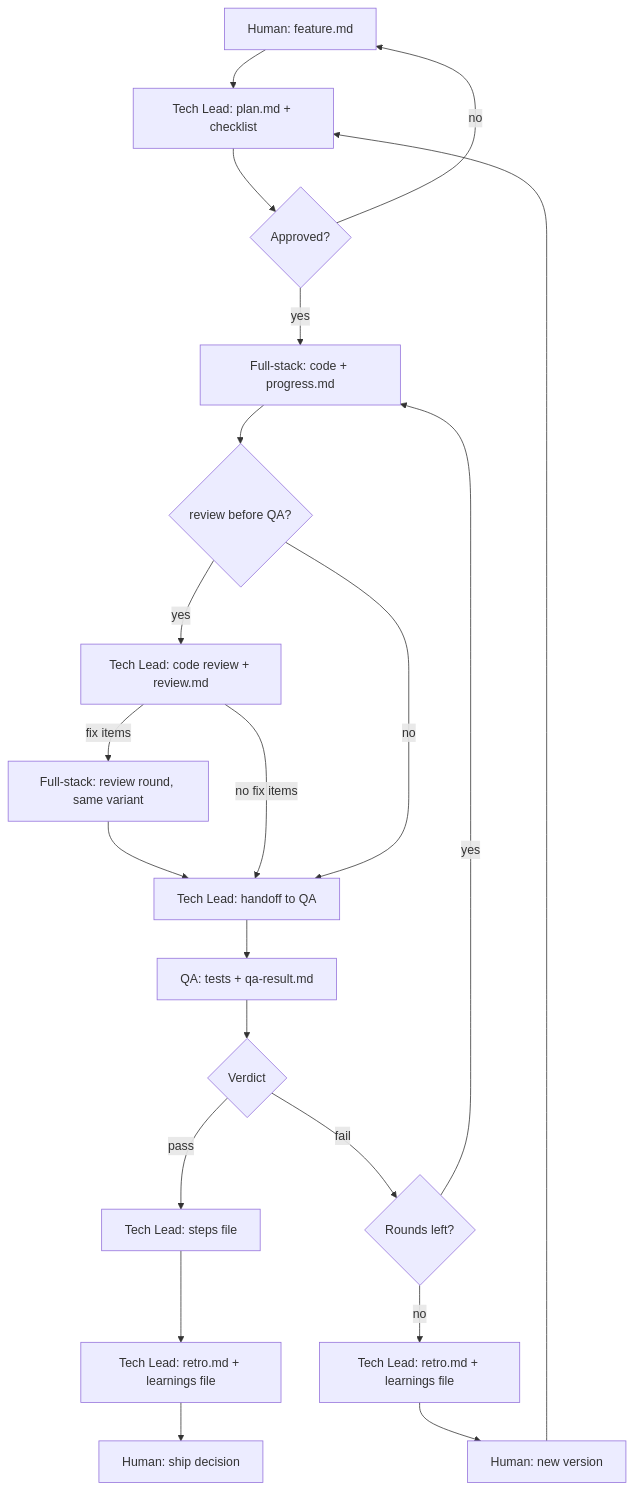
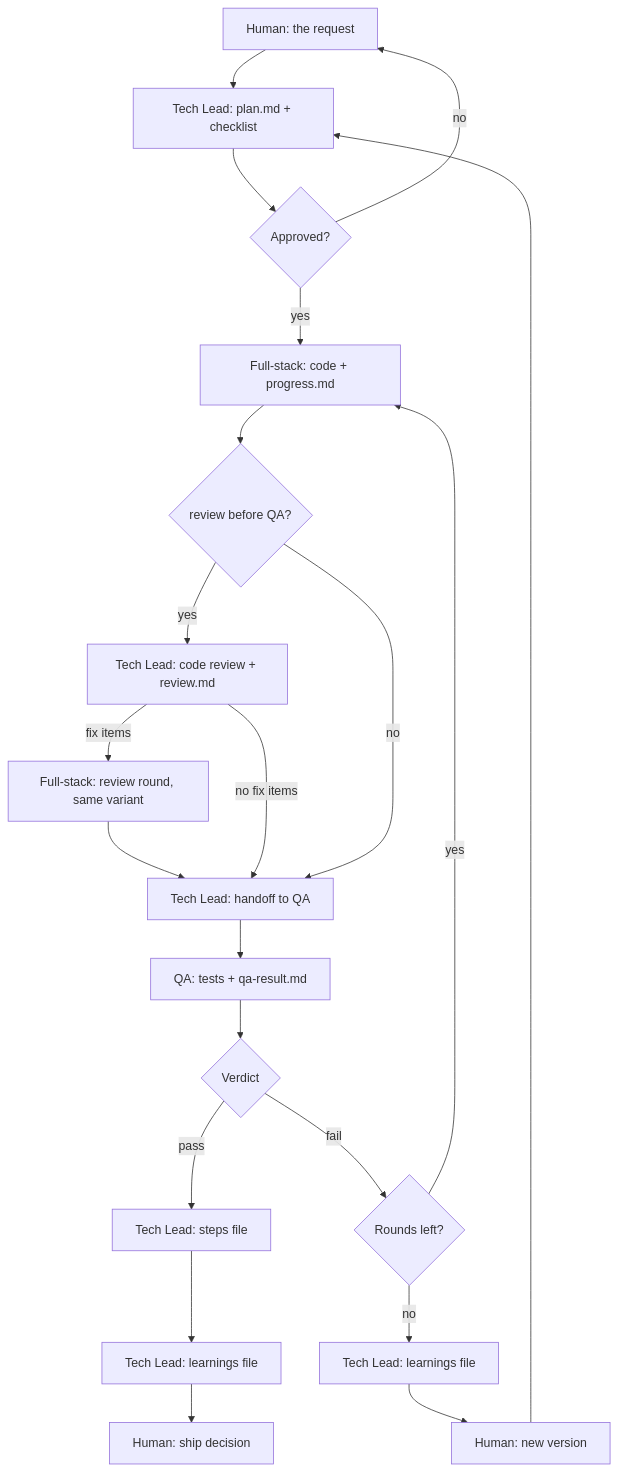
Before and after one commit to Antarsoft/morphness: the diagram in template/harness/SETUP.md, drawn with Mermaid. The commit also changed other lines of this file and 24 other files, not shown here.

Commit message:
A full-mode feature keeps one plan file and one closing record, and prints only the checklist groups it needs

````diff
--- a/template/harness/SETUP.md
+++ b/template/harness/SETUP.md
@@ -166,23 +165,23 @@
 ```mermaid
 flowchart TD
-  H[Human: feature.md] --> TL[Tech Lead: plan.md + checklist]
+  H[Human: the request] --> TL[Tech Lead: plan.md + checklist]
   TL --> A{Approved?}
   A -->|no| H
   A -->|yes| FS[Full-stack: code + progress.md]
   FS --> CR{review before QA?}
   CR -->|yes| RV[Tech Lead: code review + review.md]
   RV -->|fix items| RR[Full-stack: review round, same variant]
   RR --> TL2[Tech Lead: handoff to QA]
   RV -->|no fix items| TL2
   CR -->|no| TL2
   TL2 --> QA[QA: tests + qa-result.md]
   QA --> V{Verdict}
   V -->|pass| VF[Tech Lead: steps file]
-  VF --> RT[Tech Lead: retro.md + learnings file]
+  VF --> RT[Tech Lead: learnings file]
   RT --> H2[Human: ship decision]
   V -->|fail| R{Rounds left?}
   R -->|yes| FS
-  R -->|no| RT2[Tech Lead: retro.md + learnings file]
+  R -->|no| RT2[Tech Lead: learnings file]
   RT2 --> H3[Human: new version]
   H3 --> TL
 ```
````
